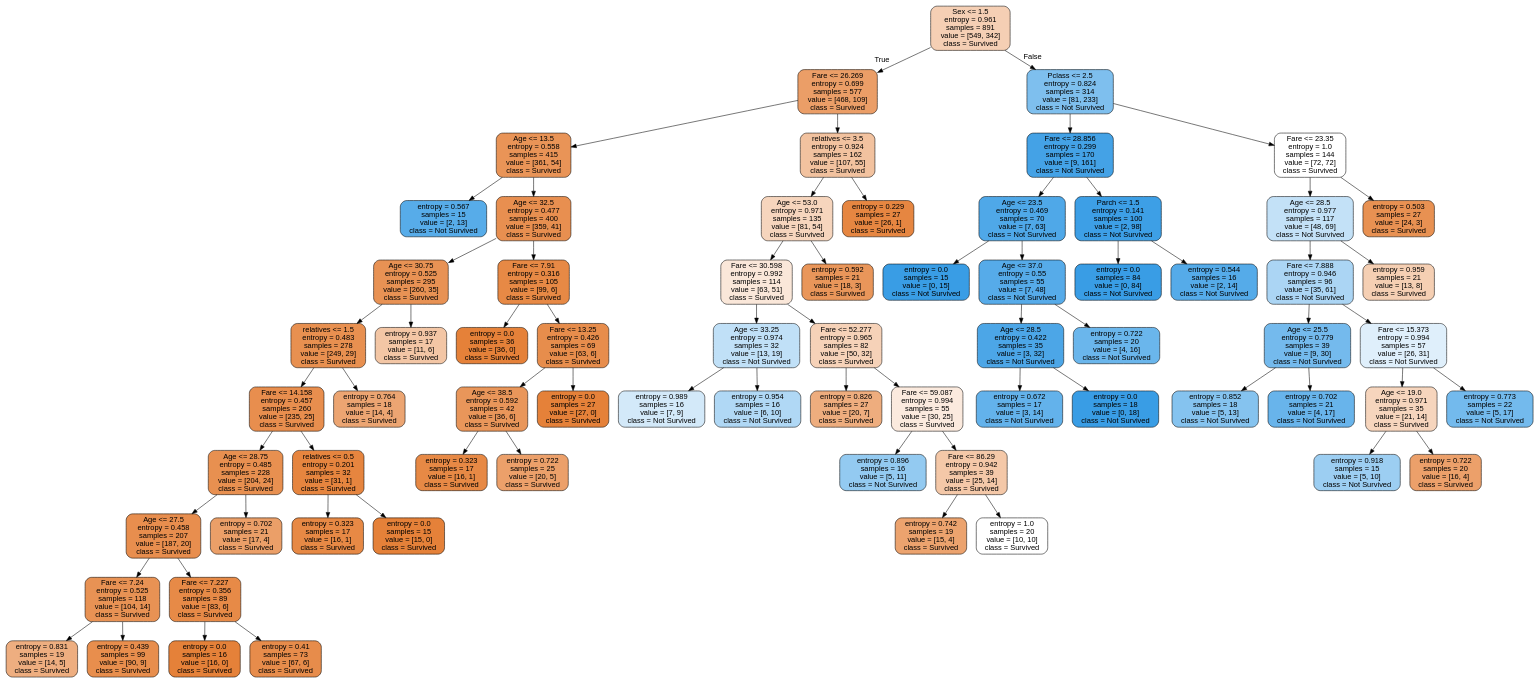
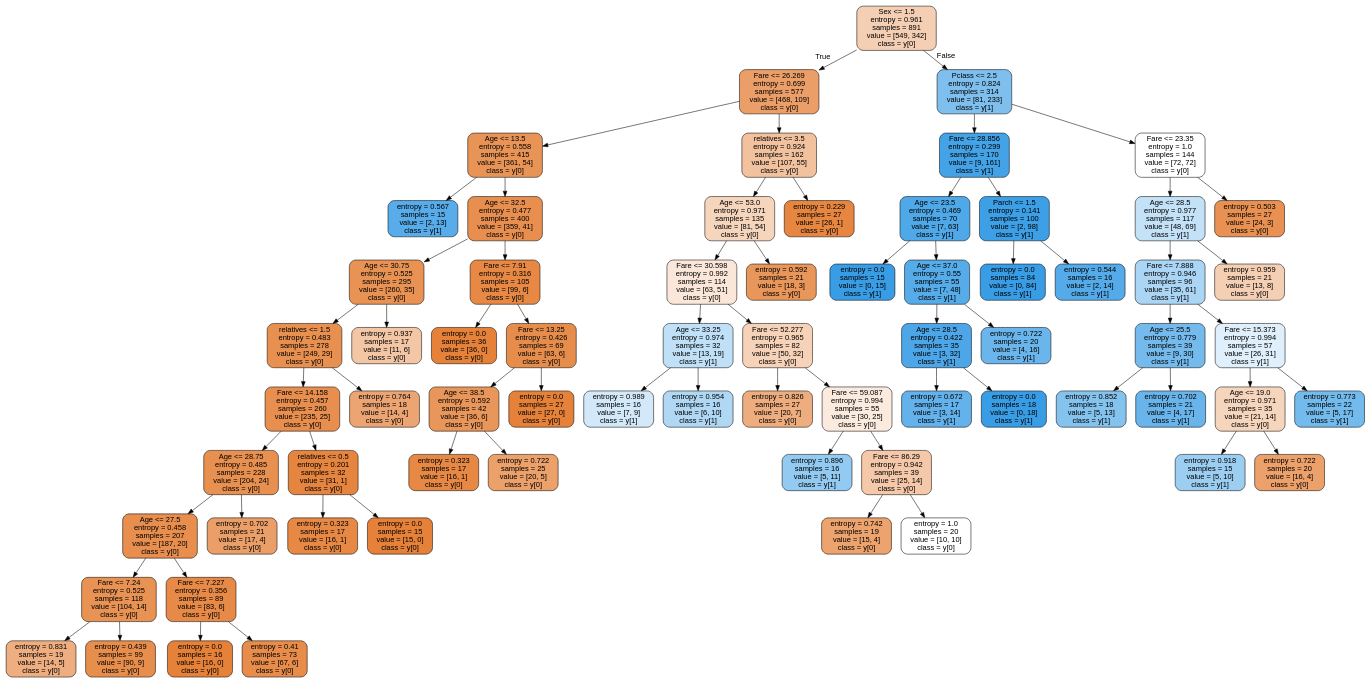
The diagram in images/titanic_tree.dot (Krediann/DAKO_ryhma3), drawn with Graphviz before and after one commit. The commit also changed 2 other files, not shown here.

```diff
--- a/images/titanic_tree.dot
+++ b/images/titanic_tree.dot
@@ -1,141 +1,141 @@
 digraph Tree {
 node [shape=box, style="filled, rounded", color="black", fontname=helvetica] ;
 edge [fontname=helvetica] ;
-0 [label="Sex <= 1.5\nentropy = 0.961\nsamples = 891\nvalue = [549, 342]\nclass = Survived", fillcolor="#f5cfb4"] ;
-1 [label="Fare <= 26.269\nentropy = 0.699\nsamples = 577\nvalue = [468, 109]\nclass = Survived", fillcolor="#eb9e67"] ;
+0 [label="Sex <= 1.5\nentropy = 0.961\nsamples = 891\nvalue = [549, 342]\nclass = y[0]", fillcolor="#f5cfb4"] ;
+1 [label="Fare <= 26.269\nentropy = 0.699\nsamples = 577\nvalue = [468, 109]\nclass = y[0]", fillcolor="#eb9e67"] ;
 0 -> 1 [labeldistance=2.5, labelangle=45, headlabel="True"] ;
-2 [label="Age <= 13.5\nentropy = 0.558\nsamples = 415\nvalue = [361, 54]\nclass = Survived", fillcolor="#e99457"] ;
+2 [label="Age <= 13.5\nentropy = 0.558\nsamples = 415\nvalue = [361, 54]\nclass = y[0]", fillcolor="#e99457"] ;
 1 -> 2 ;
-3 [label="entropy = 0.567\nsamples = 15\nvalue = [2, 13]\nclass = Not Survived", fillcolor="#57ace9"] ;
+3 [label="entropy = 0.567\nsamples = 15\nvalue = [2, 13]\nclass = y[1]", fillcolor="#57ace9"] ;
 2 -> 3 ;
-4 [label="Age <= 32.5\nentropy = 0.477\nsamples = 400\nvalue = [359, 41]\nclass = Survived", fillcolor="#e88f50"] ;
+4 [label="Age <= 32.5\nentropy = 0.477\nsamples = 400\nvalue = [359, 41]\nclass = y[0]", fillcolor="#e88f50"] ;
 2 -> 4 ;
-5 [label="Age <= 30.75\nentropy = 0.525\nsamples = 295\nvalue = [260, 35]\nclass = Survived", fillcolor="#e89254"] ;
+5 [label="Age <= 30.75\nentropy = 0.525\nsamples = 295\nvalue = [260, 35]\nclass = y[0]", fillcolor="#e89254"] ;
 4 -> 5 ;
-6 [label="relatives <= 1.5\nentropy = 0.483\nsamples = 278\nvalue = [249, 29]\nclass = Survived", fillcolor="#e89050"] ;
+6 [label="relatives <= 1.5\nentropy = 0.483\nsamples = 278\nvalue = [249, 29]\nclass = y[0]", fillcolor="#e89050"] ;
 5 -> 6 ;
-7 [label="Fare <= 14.158\nentropy = 0.457\nsamples = 260\nvalue = [235, 25]\nclass = Survived", fillcolor="#e88e4e"] ;
+7 [label="Fare <= 14.158\nentropy = 0.457\nsamples = 260\nvalue = [235, 25]\nclass = y[0]", fillcolor="#e88e4e"] ;
 6 -> 7 ;
-8 [label="Age <= 28.75\nentropy = 0.485\nsamples = 228\nvalue = [204, 24]\nclass = Survived", fillcolor="#e89050"] ;
+8 [label="Age <= 28.75\nentropy = 0.485\nsamples = 228\nvalue = [204, 24]\nclass = y[0]", fillcolor="#e89050"] ;
 7 -> 8 ;
-9 [label="Age <= 27.5\nentropy = 0.458\nsamples = 207\nvalue = [187, 20]\nclass = Survived", fillcolor="#e88e4e"] ;
+9 [label="Age <= 27.5\nentropy = 0.458\nsamples = 207\nvalue = [187, 20]\nclass = y[0]", fillcolor="#e88e4e"] ;
 8 -> 9 ;
-10 [label="Fare <= 7.24\nentropy = 0.525\nsamples = 118\nvalue = [104, 14]\nclass = Survived", fillcolor="#e89254"] ;
+10 [label="Fare <= 7.24\nentropy = 0.525\nsamples = 118\nvalue = [104, 14]\nclass = y[0]", fillcolor="#e89254"] ;
 9 -> 10 ;
-11 [label="entropy = 0.831\nsamples = 19\nvalue = [14, 5]\nclass = Survived", fillcolor="#eeae80"] ;
+11 [label="entropy = 0.831\nsamples = 19\nvalue = [14, 5]\nclass = y[0]", fillcolor="#eeae80"] ;
 10 -> 11 ;
-12 [label="entropy = 0.439\nsamples = 99\nvalue = [90, 9]\nclass = Survived", fillcolor="#e88e4d"] ;
+12 [label="entropy = 0.439\nsamples = 99\nvalue = [90, 9]\nclass = y[0]", fillcolor="#e88e4d"] ;
 10 -> 12 ;
-13 [label="Fare <= 7.227\nentropy = 0.356\nsamples = 89\nvalue = [83, 6]\nclass = Survived", fillcolor="#e78a47"] ;
+13 [label="Fare <= 7.227\nentropy = 0.356\nsamples = 89\nvalue = [83, 6]\nclass = y[0]", fillcolor="#e78a47"] ;
 9 -> 13 ;
-14 [label="entropy = 0.0\nsamples = 16\nvalue = [16, 0]\nclass = Survived", fillcolor="#e58139"] ;
+14 [label="entropy = 0.0\nsamples = 16\nvalue = [16, 0]\nclass = y[0]", fillcolor="#e58139"] ;
 13 -> 14 ;
-15 [label="entropy = 0.41\nsamples = 73\nvalue = [67, 6]\nclass = Survived", fillcolor="#e78c4b"] ;
+15 [label="entropy = 0.41\nsamples = 73\nvalue = [67, 6]\nclass = y[0]", fillcolor="#e78c4b"] ;
 13 -> 15 ;
-16 [label="entropy = 0.702\nsamples = 21\nvalue = [17, 4]\nclass = Survived", fillcolor="#eb9f68"] ;
+16 [label="entropy = 0.702\nsamples = 21\nvalue = [17, 4]\nclass = y[0]", fillcolor="#eb9f68"] ;
 8 -> 16 ;
-17 [label="relatives <= 0.5\nentropy = 0.201\nsamples = 32\nvalue = [31, 1]\nclass = Survived", fillcolor="#e6853f"] ;
+17 [label="relatives <= 0.5\nentropy = 0.201\nsamples = 32\nvalue = [31, 1]\nclass = y[0]", fillcolor="#e6853f"] ;
 7 -> 17 ;
-18 [label="entropy = 0.323\nsamples = 17\nvalue = [16, 1]\nclass = Survived", fillcolor="#e78945"] ;
+18 [label="entropy = 0.323\nsamples = 17\nvalue = [16, 1]\nclass = y[0]", fillcolor="#e78945"] ;
 17 -> 18 ;
-19 [label="entropy = 0.0\nsamples = 15\nvalue = [15, 0]\nclass = Survived", fillcolor="#e58139"] ;
+19 [label="entropy = 0.0\nsamples = 15\nvalue = [15, 0]\nclass = y[0]", fillcolor="#e58139"] ;
 17 -> 19 ;
-20 [label="entropy = 0.764\nsamples = 18\nvalue = [14, 4]\nclass = Survived", fillcolor="#eca572"] ;
+20 [label="entropy = 0.764\nsamples = 18\nvalue = [14, 4]\nclass = y[0]", fillcolor="#eca572"] ;
 6 -> 20 ;
-21 [label="entropy = 0.937\nsamples = 17\nvalue = [11, 6]\nclass = Survived", fillcolor="#f3c6a5"] ;
+21 [label="entropy = 0.937\nsamples = 17\nvalue = [11, 6]\nclass = y[0]", fillcolor="#f3c6a5"] ;
 5 -> 21 ;
-22 [label="Fare <= 7.91\nentropy = 0.316\nsamples = 105\nvalue = [99, 6]\nclass = Survived", fillcolor="#e78945"] ;
+22 [label="Fare <= 7.91\nentropy = 0.316\nsamples = 105\nvalue = [99, 6]\nclass = y[0]", fillcolor="#e78945"] ;
 4 -> 22 ;
-23 [label="entropy = 0.0\nsamples = 36\nvalue = [36, 0]\nclass = Survived", fillcolor="#e58139"] ;
+23 [label="entropy = 0.0\nsamples = 36\nvalue = [36, 0]\nclass = y[0]", fillcolor="#e58139"] ;
 22 -> 23 ;
-24 [label="Fare <= 13.25\nentropy = 0.426\nsamples = 69\nvalue = [63, 6]\nclass = Survived", fillcolor="#e78d4c"] ;
+24 [label="Fare <= 13.25\nentropy = 0.426\nsamples = 69\nvalue = [63, 6]\nclass = y[0]", fillcolor="#e78d4c"] ;
 22 -> 24 ;
-25 [label="Age <= 38.5\nentropy = 0.592\nsamples = 42\nvalue = [36, 6]\nclass = Survived", fillcolor="#e9965a"] ;
+25 [label="Age <= 38.5\nentropy = 0.592\nsamples = 42\nvalue = [36, 6]\nclass = y[0]", fillcolor="#e9965a"] ;
 24 -> 25 ;
-26 [label="entropy = 0.323\nsamples = 17\nvalue = [16, 1]\nclass = Survived", fillcolor="#e78945"] ;
+26 [label="entropy = 0.323\nsamples = 17\nvalue = [16, 1]\nclass = y[0]", fillcolor="#e78945"] ;
 25 -> 26 ;
-27 [label="entropy = 0.722\nsamples = 25\nvalue = [20, 5]\nclass = Survived", fillcolor="#eca06a"] ;
+27 [label="entropy = 0.722\nsamples = 25\nvalue = [20, 5]\nclass = y[0]", fillcolor="#eca06a"] ;
 25 -> 27 ;
-28 [label="entropy = 0.0\nsamples = 27\nvalue = [27, 0]\nclass = Survived", fillcolor="#e58139"] ;
+28 [label="entropy = 0.0\nsamples = 27\nvalue = [27, 0]\nclass = y[0]", fillcolor="#e58139"] ;
 24 -> 28 ;
-29 [label="relatives <= 3.5\nentropy = 0.924\nsamples = 162\nvalue = [107, 55]\nclass = Survived", fillcolor="#f2c29f"] ;
+29 [label="relatives <= 3.5\nentropy = 0.924\nsamples = 162\nvalue = [107, 55]\nclass = y[0]", fillcolor="#f2c29f"] ;
 1 -> 29 ;
-30 [label="Age <= 53.0\nentropy = 0.971\nsamples = 135\nvalue = [81, 54]\nclass = Survived", fillcolor="#f6d5bd"] ;
+30 [label="Age <= 53.0\nentropy = 0.971\nsamples = 135\nvalue = [81, 54]\nclass = y[0]", fillcolor="#f6d5bd"] ;
 29 -> 30 ;
-31 [label="Fare <= 30.598\nentropy = 0.992\nsamples = 114\nvalue = [63, 51]\nclass = Survived", fillcolor="#fae7d9"] ;
+31 [label="Fare <= 30.598\nentropy = 0.992\nsamples = 114\nvalue = [63, 51]\nclass = y[0]", fillcolor="#fae7d9"] ;
 30 -> 31 ;
-32 [label="Age <= 33.25\nentropy = 0.974\nsamples = 32\nvalue = [13, 19]\nclass = Not Survived", fillcolor="#c0e0f7"] ;
+32 [label="Age <= 33.25\nentropy = 0.974\nsamples = 32\nvalue = [13, 19]\nclass = y[1]", fillcolor="#c0e0f7"] ;
 31 -> 32 ;
-33 [label="entropy = 0.989\nsamples = 16\nvalue = [7, 9]\nclass = Not Survived", fillcolor="#d3e9f9"] ;
+33 [label="entropy = 0.989\nsamples = 16\nvalue = [7, 9]\nclass = y[1]", fillcolor="#d3e9f9"] ;
 32 -> 33 ;
-34 [label="entropy = 0.954\nsamples = 16\nvalue = [6, 10]\nclass = Not Survived", fillcolor="#b0d8f5"] ;
+34 [label="entropy = 0.954\nsamples = 16\nvalue = [6, 10]\nclass = y[1]", fillcolor="#b0d8f5"] ;
 32 -> 34 ;
-35 [label="Fare <= 52.277\nentropy = 0.965\nsamples = 82\nvalue = [50, 32]\nclass = Survived", fillcolor="#f6d2b8"] ;
+35 [label="Fare <= 52.277\nentropy = 0.965\nsamples = 82\nvalue = [50, 32]\nclass = y[0]", fillcolor="#f6d2b8"] ;
 31 -> 35 ;
-36 [label="entropy = 0.826\nsamples = 27\nvalue = [20, 7]\nclass = Survived", fillcolor="#eead7e"] ;
+36 [label="entropy = 0.826\nsamples = 27\nvalue = [20, 7]\nclass = y[0]", fillcolor="#eead7e"] ;
 35 -> 36 ;
-37 [label="Fare <= 59.087\nentropy = 0.994\nsamples = 55\nvalue = [30, 25]\nclass = Survived", fillcolor="#fbeade"] ;
+37 [label="Fare <= 59.087\nentropy = 0.994\nsamples = 55\nvalue = [30, 25]\nclass = y[0]", fillcolor="#fbeade"] ;
 35 -> 37 ;
-38 [label="entropy = 0.896\nsamples = 16\nvalue = [5, 11]\nclass = Not Survived", fillcolor="#93caf1"] ;
+38 [label="entropy = 0.896\nsamples = 16\nvalue = [5, 11]\nclass = y[1]", fillcolor="#93caf1"] ;
 37 -> 38 ;
-39 [label="Fare <= 86.29\nentropy = 0.942\nsamples = 39\nvalue = [25, 14]\nclass = Survived", fillcolor="#f4c8a8"] ;
+39 [label="Fare <= 86.29\nentropy = 0.942\nsamples = 39\nvalue = [25, 14]\nclass = y[0]", fillcolor="#f4c8a8"] ;
 37 -> 39 ;
-40 [label="entropy = 0.742\nsamples = 19\nvalue = [15, 4]\nclass = Survived", fillcolor="#eca36e"] ;
+40 [label="entropy = 0.742\nsamples = 19\nvalue = [15, 4]\nclass = y[0]", fillcolor="#eca36e"] ;
 39 -> 40 ;
-41 [label="entropy = 1.0\nsamples = 20\nvalue = [10, 10]\nclass = Survived", fillcolor="#ffffff"] ;
+41 [label="entropy = 1.0\nsamples = 20\nvalue = [10, 10]\nclass = y[0]", fillcolor="#ffffff"] ;
 39 -> 41 ;
-42 [label="entropy = 0.592\nsamples = 21\nvalue = [18, 3]\nclass = Survived", fillcolor="#e9965a"] ;
+42 [label="entropy = 0.592\nsamples = 21\nvalue = [18, 3]\nclass = y[0]", fillcolor="#e9965a"] ;
 30 -> 42 ;
-43 [label="entropy = 0.229\nsamples = 27\nvalue = [26, 1]\nclass = Survived", fillcolor="#e68641"] ;
+43 [label="entropy = 0.229\nsamples = 27\nvalue = [26, 1]\nclass = y[0]", fillcolor="#e68641"] ;
 29 -> 43 ;
-44 [label="Pclass <= 2.5\nentropy = 0.824\nsamples = 314\nvalue = [81, 233]\nclass = Not Survived", fillcolor="#7ebfee"] ;
+44 [label="Pclass <= 2.5\nentropy = 0.824\nsamples = 314\nvalue = [81, 233]\nclass = y[1]", fillcolor="#7ebfee"] ;
 0 -> 44 [labeldistance=2.5, labelangle=-45, headlabel="False"] ;
-45 [label="Fare <= 28.856\nentropy = 0.299\nsamples = 170\nvalue = [9, 161]\nclass = Not Survived", fillcolor="#44a2e6"] ;
+45 [label="Fare <= 28.856\nentropy = 0.299\nsamples = 170\nvalue = [9, 161]\nclass = y[1]", fillcolor="#44a2e6"] ;
 44 -> 45 ;
-46 [label="Age <= 23.5\nentropy = 0.469\nsamples = 70\nvalue = [7, 63]\nclass = Not Survived", fillcolor="#4fa8e8"] ;
+46 [label="Age <= 23.5\nentropy = 0.469\nsamples = 70\nvalue = [7, 63]\nclass = y[1]", fillcolor="#4fa8e8"] ;
 45 -> 46 ;
-47 [label="entropy = 0.0\nsamples = 15\nvalue = [0, 15]\nclass = Not Survived", fillcolor="#399de5"] ;
+47 [label="entropy = 0.0\nsamples = 15\nvalue = [0, 15]\nclass = y[1]", fillcolor="#399de5"] ;
 46 -> 47 ;
-48 [label="Age <= 37.0\nentropy = 0.55\nsamples = 55\nvalue = [7, 48]\nclass = Not Survived", fillcolor="#56abe9"] ;
+48 [label="Age <= 37.0\nentropy = 0.55\nsamples = 55\nvalue = [7, 48]\nclass = y[1]", fillcolor="#56abe9"] ;
 46 -> 48 ;
-49 [label="Age <= 28.5\nentropy = 0.422\nsamples = 35\nvalue = [3, 32]\nclass = Not Survived", fillcolor="#4ca6e7"] ;
+49 [label="Age <= 28.5\nentropy = 0.422\nsamples = 35\nvalue = [3, 32]\nclass = y[1]", fillcolor="#4ca6e7"] ;
 48 -> 49 ;
-50 [label="entropy = 0.672\nsamples = 17\nvalue = [3, 14]\nclass = Not Survived", fillcolor="#63b2eb"] ;
+50 [label="entropy = 0.672\nsamples = 17\nvalue = [3, 14]\nclass = y[1]", fillcolor="#63b2eb"] ;
 49 -> 50 ;
-51 [label="entropy = 0.0\nsamples = 18\nvalue = [0, 18]\nclass = Not Survived", fillcolor="#399de5"] ;
+51 [label="entropy = 0.0\nsamples = 18\nvalue = [0, 18]\nclass = y[1]", fillcolor="#399de5"] ;
 49 -> 51 ;
-52 [label="entropy = 0.722\nsamples = 20\nvalue = [4, 16]\nclass = Not Survived", fillcolor="#6ab6ec"] ;
+52 [label="entropy = 0.722\nsamples = 20\nvalue = [4, 16]\nclass = y[1]", fillcolor="#6ab6ec"] ;
 48 -> 52 ;
-53 [label="Parch <= 1.5\nentropy = 0.141\nsamples = 100\nvalue = [2, 98]\nclass = Not Survived", fillcolor="#3d9fe6"] ;
+53 [label="Parch <= 1.5\nentropy = 0.141\nsamples = 100\nvalue = [2, 98]\nclass = y[1]", fillcolor="#3d9fe6"] ;
 45 -> 53 ;
-54 [label="entropy = 0.0\nsamples = 84\nvalue = [0, 84]\nclass = Not Survived", fillcolor="#399de5"] ;
+54 [label="entropy = 0.0\nsamples = 84\nvalue = [0, 84]\nclass = y[1]", fillcolor="#399de5"] ;
 53 -> 54 ;
-55 [label="entropy = 0.544\nsamples = 16\nvalue = [2, 14]\nclass = Not Survived", fillcolor="#55abe9"] ;
+55 [label="entropy = 0.544\nsamples = 16\nvalue = [2, 14]\nclass = y[1]", fillcolor="#55abe9"] ;
 53 -> 55 ;
-56 [label="Fare <= 23.35\nentropy = 1.0\nsamples = 144\nvalue = [72, 72]\nclass = Survived", fillcolor="#ffffff"] ;
+56 [label="Fare <= 23.35\nentropy = 1.0\nsamples = 144\nvalue = [72, 72]\nclass = y[0]", fillcolor="#ffffff"] ;
 44 -> 56 ;
-57 [label="Age <= 28.5\nentropy = 0.977\nsamples = 117\nvalue = [48, 69]\nclass = Not Survived", fillcolor="#c3e1f7"] ;
+57 [label="Age <= 28.5\nentropy = 0.977\nsamples = 117\nvalue = [48, 69]\nclass = y[1]", fillcolor="#c3e1f7"] ;
 56 -> 57 ;
-58 [label="Fare <= 7.888\nentropy = 0.946\nsamples = 96\nvalue = [35, 61]\nclass = Not Survived", fillcolor="#abd5f4"] ;
+58 [label="Fare <= 7.888\nentropy = 0.946\nsamples = 96\nvalue = [35, 61]\nclass = y[1]", fillcolor="#abd5f4"] ;
 57 -> 58 ;
-59 [label="Age <= 25.5\nentropy = 0.779\nsamples = 39\nvalue = [9, 30]\nclass = Not Survived", fillcolor="#74baed"] ;
+59 [label="Age <= 25.5\nentropy = 0.779\nsamples = 39\nvalue = [9, 30]\nclass = y[1]", fillcolor="#74baed"] ;
 58 -> 59 ;
-60 [label="entropy = 0.852\nsamples = 18\nvalue = [5, 13]\nclass = Not Survived", fillcolor="#85c3ef"] ;
+60 [label="entropy = 0.852\nsamples = 18\nvalue = [5, 13]\nclass = y[1]", fillcolor="#85c3ef"] ;
 59 -> 60 ;
-61 [label="entropy = 0.702\nsamples = 21\nvalue = [4, 17]\nclass = Not Survived", fillcolor="#68b4eb"] ;
+61 [label="entropy = 0.702\nsamples = 21\nvalue = [4, 17]\nclass = y[1]", fillcolor="#68b4eb"] ;
 59 -> 61 ;
-62 [label="Fare <= 15.373\nentropy = 0.994\nsamples = 57\nvalue = [26, 31]\nclass = Not Survived", fillcolor="#dfeffb"] ;
+62 [label="Fare <= 15.373\nentropy = 0.994\nsamples = 57\nvalue = [26, 31]\nclass = y[1]", fillcolor="#dfeffb"] ;
 58 -> 62 ;
-63 [label="Age <= 19.0\nentropy = 0.971\nsamples = 35\nvalue = [21, 14]\nclass = Survived", fillcolor="#f6d5bd"] ;
+63 [label="Age <= 19.0\nentropy = 0.971\nsamples = 35\nvalue = [21, 14]\nclass = y[0]", fillcolor="#f6d5bd"] ;
 62 -> 63 ;
-64 [label="entropy = 0.918\nsamples = 15\nvalue = [5, 10]\nclass = Not Survived", fillcolor="#9ccef2"] ;
+64 [label="entropy = 0.918\nsamples = 15\nvalue = [5, 10]\nclass = y[1]", fillcolor="#9ccef2"] ;
 63 -> 64 ;
-65 [label="entropy = 0.722\nsamples = 20\nvalue = [16, 4]\nclass = Survived", fillcolor="#eca06a"] ;
+65 [label="entropy = 0.722\nsamples = 20\nvalue = [16, 4]\nclass = y[0]", fillcolor="#eca06a"] ;
 63 -> 65 ;
-66 [label="entropy = 0.773\nsamples = 22\nvalue = [5, 17]\nclass = Not Survived", fillcolor="#73baed"] ;
+66 [label="entropy = 0.773\nsamples = 22\nvalue = [5, 17]\nclass = y[1]", fillcolor="#73baed"] ;
 62 -> 66 ;
-67 [label="entropy = 0.959\nsamples = 21\nvalue = [13, 8]\nclass = Survived", fillcolor="#f5cfb3"] ;
+67 [label="entropy = 0.959\nsamples = 21\nvalue = [13, 8]\nclass = y[0]", fillcolor="#f5cfb3"] ;
 57 -> 67 ;
-68 [label="entropy = 0.503\nsamples = 27\nvalue = [24, 3]\nclass = Survived", fillcolor="#e89152"] ;
+68 [label="entropy = 0.503\nsamples = 27\nvalue = [24, 3]\nclass = y[0]", fillcolor="#e89152"] ;
 56 -> 68 ;
 }
```
